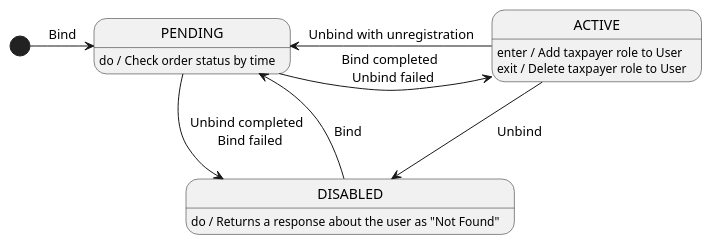
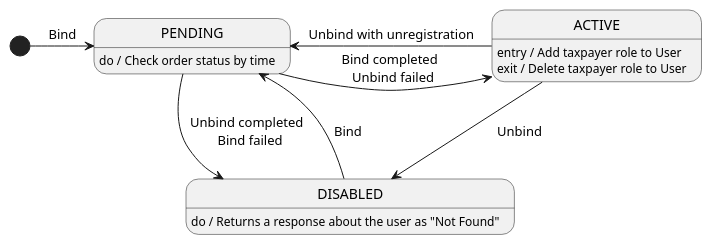
The first of 2 diagrams in diagrams/self-employed-service/state.puml (RaikBitters/ibank-internal-services), drawn with PlantUML before and after one commit. The commit also changed other lines of this file and 3 other files, not shown here.

```diff
--- a/diagrams/self-employed-service/state.puml
+++ b/diagrams/self-employed-service/state.puml
@@ -1,20 +1,20 @@
 @startuml self-employer-state
 
 [*] -> PENDING: Bind
 
 PENDING -> ACTIVE: Bind completed \n Unbind failed
 ACTIVE -> PENDING: Unbind with unregistration
 
 PENDING -> DISABLED: Unbind completed \n Bind failed
 DISABLED --> PENDING: Bind
 
 ACTIVE -> DISABLED: Unbind
 
 PENDING: do / Check order status by time
 
-ACTIVE: enter / Add taxpayer role to User
+ACTIVE: entry / Add taxpayer role to User
 ACTIVE: exit / Delete taxpayer role to User
 
 DISABLED: do / Returns a response about the user as "Not Found"
 
 @enduml
```
